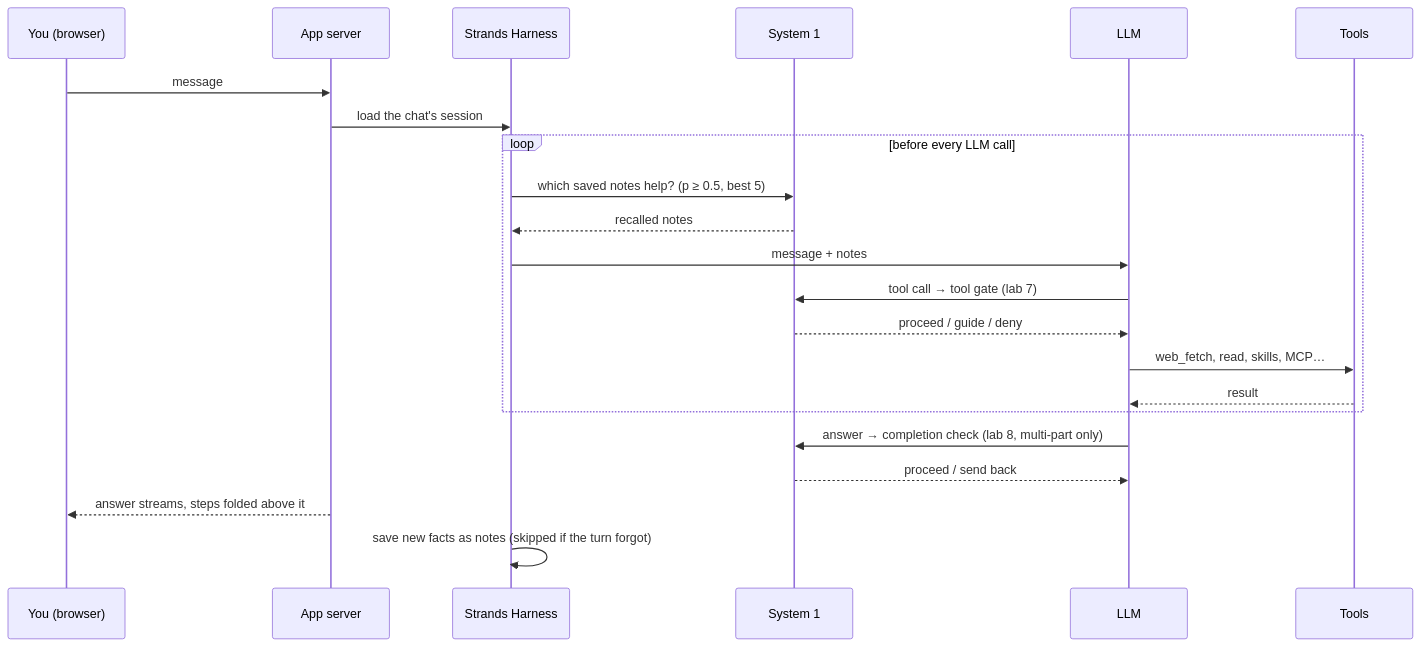
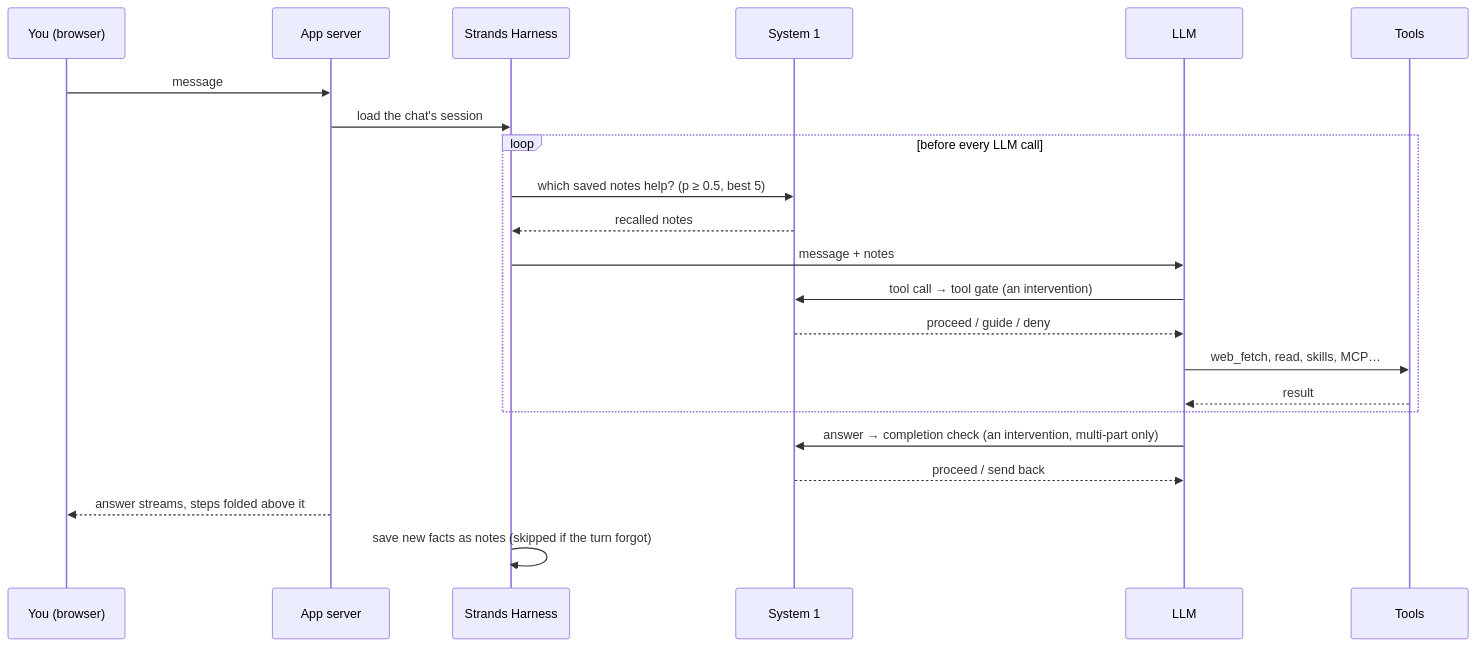
The diagram in README.md (syedair/strands-harness-labs), drawn with Mermaid before and after one commit. The commit also changed other lines of this file and 5 other files, not shown here.

Commit message:
Lab 11: 'How it works' page — the architecture builds up one step of a turn per click

````diff
--- a/README.md
+++ b/README.md
@@ -180,24 +180,24 @@
 ```mermaid
 sequenceDiagram
     participant U as You (browser)
     participant S as App server
     participant H as Strands Harness
     participant S1 as System 1
     participant L as LLM
     participant T as Tools
     U->>S: message
     S->>H: load the chat's session
     loop before every LLM call
         H->>S1: which saved notes help? (p ≥ 0.5, best 5)
         S1-->>H: recalled notes
         H->>L: message + notes
-        L->>S1: tool call → tool gate (lab 7)
+        L->>S1: tool call → tool gate (an intervention)
         S1-->>L: proceed / guide / deny
         L->>T: web_fetch, read, skills, MCP…
         T-->>L: result
     end
-    L->>S1: answer → completion check (lab 8, multi-part only)
+    L->>S1: answer → completion check (an intervention, multi-part only)
     S1-->>L: proceed / send back
     S-->>U: answer streams, steps folded above it
     H->>H: save new facts as notes (skipped if the turn forgot)
 ```
````
